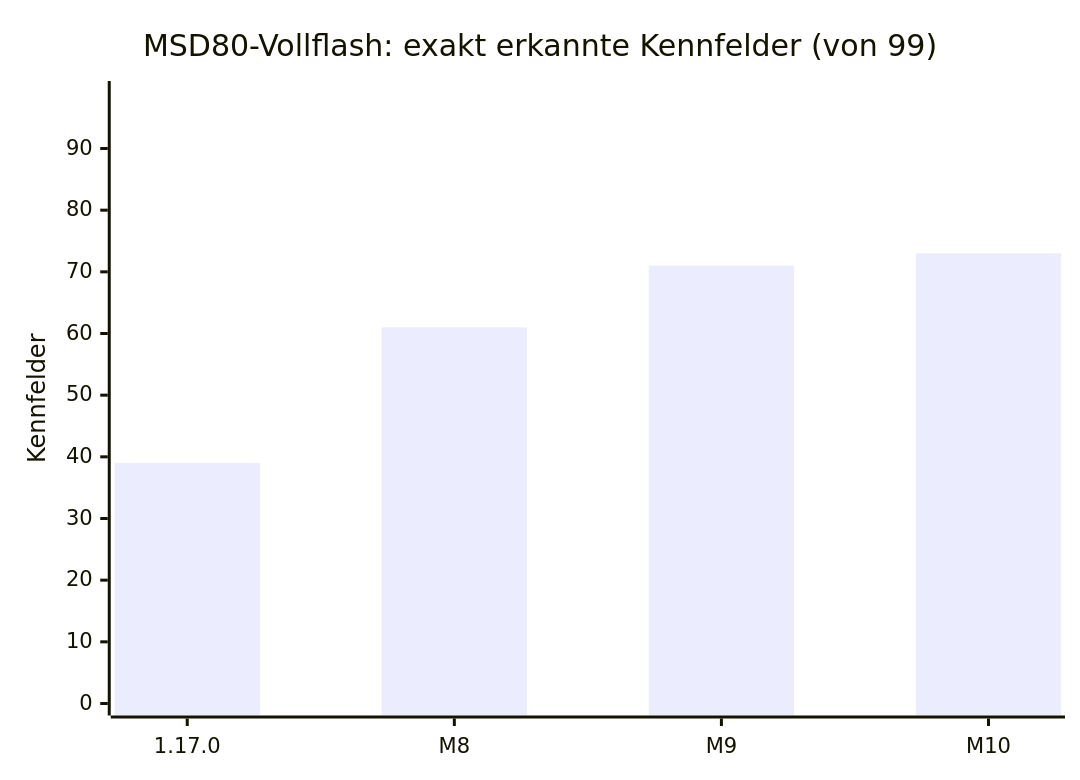
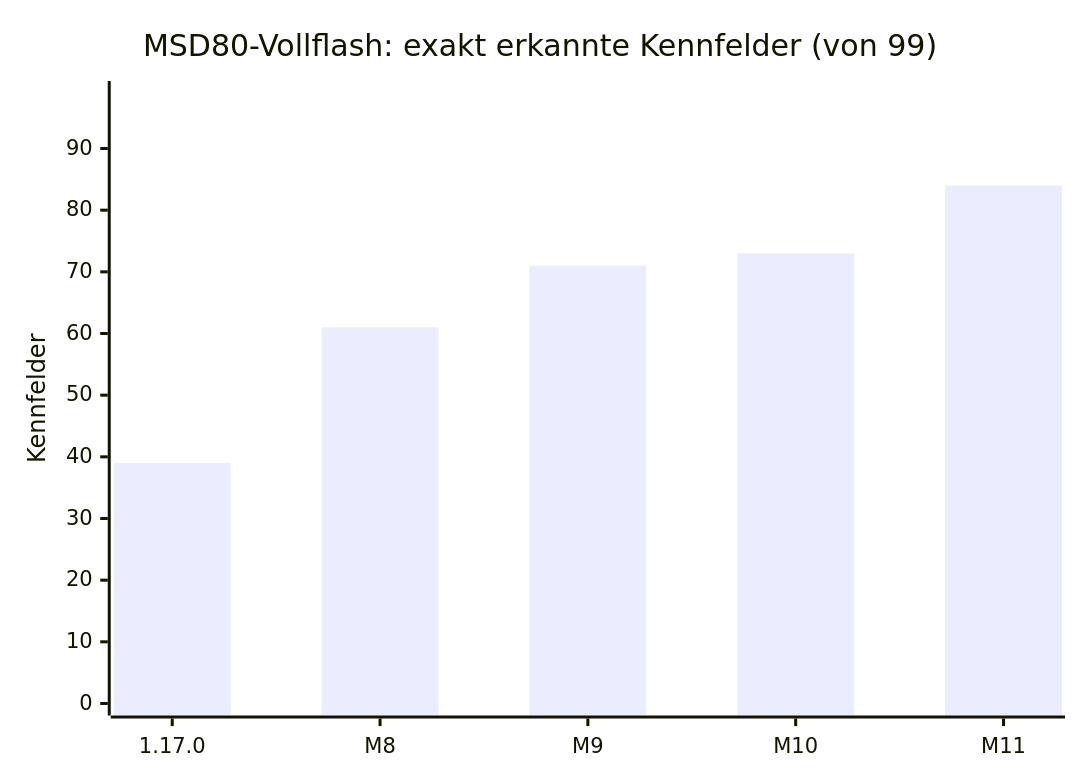
One commit to PCTestAdmin/ECU-Studio-AI changed the second of 2 diagrams in docs/PROGRESS.md. Above: the diagram before and after it, drawn with Mermaid. The commit also changed other lines of this file and 10 other files, not shown here.

````diff
--- a/docs/PROGRESS.md
+++ b/docs/PROGRESS.md
@@ -187,7 +188,7 @@
 ```mermaid
 xychart-beta
     title "MSD80-Vollflash: exakt erkannte Kennfelder (von 99)"
-    x-axis ["1.17.0", "M8", "M9", "M10"]
+    x-axis ["1.17.0", "M8", "M9", "M10", "M11"]
     y-axis "Kennfelder" 0 --> 99
-    bar [39, 61, 71, 73]
+    bar [39, 61, 71, 73, 84]
 ```
````
